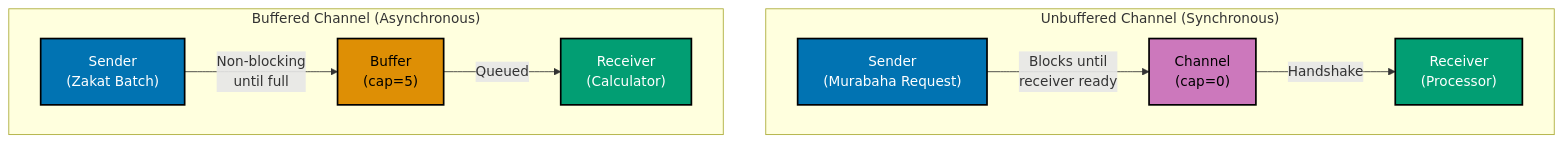
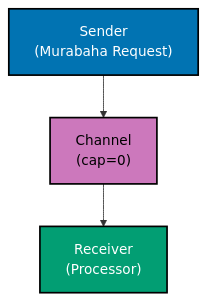
Before and after one commit to wahidyankf/ose-primer: the third of 11 diagrams in docs/explanation/software-engineering/programming-languages/golang/concurrency-standards.md, drawn with Mermaid. The commit also changed other lines of this file and 11 other files, not shown here.

Commit message:
fix(docs): fix mermaid violations in golang/ docs (batch 3/10)

````diff
--- a/docs/explanation/software-engineering/programming-languages/golang/concurrency-standards.md
+++ b/docs/explanation/software-engineering/programming-languages/golang/concurrency-standards.md
@@ -351,26 +351,16 @@
 ```mermaid
 %% Color Palette: Blue #0173B2, Orange #DE8F05, Teal #029E73, Purple #CC78BC
-%% All colors are color-blind friendly and meet WCAG AA contrast standards
+%% Unbuffered channel (synchronous)
 
 graph TD
-    subgraph Unbuffered["Unbuffered Channel #40;Synchronous#41;"]
-        U1["Sender<br/>#40;Murabaha Request#41;"]:::blue
-        U2["Channel<br/>#40;cap=0#41;"]:::purple
-        U3["Receiver<br/>#40;Processor#41;"]:::teal
-        U1 -->|"Blocks until<br/>receiver ready"| U2
-        U2 -->|"Handshake"| U3
-    end
-
-    subgraph Buffered["Buffered Channel #40;Asynchronous#41;"]
-        B1["Sender<br/>#40;Zakat Batch#41;"]:::blue
-        B2["Buffer<br/>#40;cap=5#41;"]:::orange
-        B3["Receiver<br/>#40;Calculator#41;"]:::teal
-        B1 -->|"Non-blocking<br/>until full"| B2
-        B2 -->|"Queued"| B3
-    end
+    U1["Sender<br/>#40;Murabaha Request#41;"]:::blue
+    U2["Channel<br/>#40;cap=0#41;"]:::purple
+    U3["Receiver<br/>#40;Processor#41;"]:::teal
+    U1 --> U2
+    U2 --> U3
 
     classDef blue fill:#0173B2,stroke:#000000,color:#FFFFFF,stroke-width:2px
     classDef orange fill:#DE8F05,stroke:#000000,color:#000000,stroke-width:2px
     classDef teal fill:#029E73,stroke:#000000,color:#FFFFFF,stroke-width:2px
     classDef purple fill:#CC78BC,stroke:#000000,color:#000000,stroke-width:2px
 ```
````
